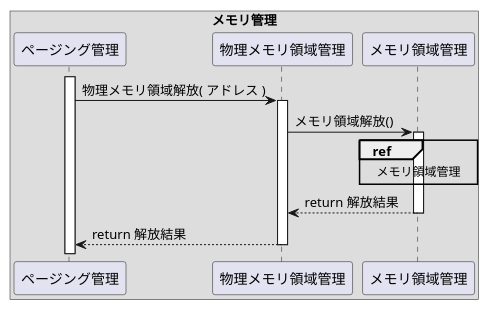
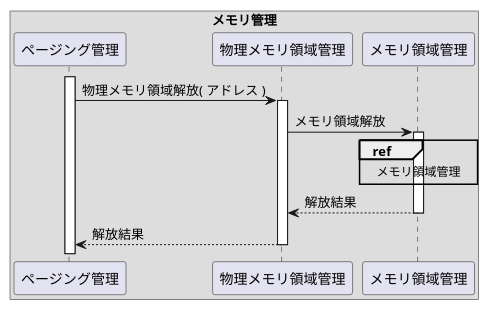
Before and after one commit to MasterMochi/MochiKernel: the diagram in docs/docs/internal/Memmng/Phys/free.puml, drawn with PlantUML. The commit also changed 6 other files, not shown here.

```diff
--- a/docs/docs/internal/Memmng/Phys/free.puml
+++ b/docs/docs/internal/Memmng/Phys/free.puml
@@ -1,23 +1,23 @@
 @startuml
 
 box "メモリ管理"
     participant "ページング管理"     as page
     participant "物理メモリ領域管理" as phys
     participant "メモリ領域管理"     as area
 end box
 
 activate page
 
 page -> phys: 物理メモリ領域解放( アドレス )
 activate phys
 
-phys -> area: メモリ領域解放()
+phys -> area: メモリ領域解放
 activate area
 ref over area: メモリ領域管理
-phys <-- area: return 解放結果
+phys <-- area: 解放結果
 deactivate area
 
-page <-- phys: return 解放結果
+page <-- phys: 解放結果
 deactivate phys
 
 @enduml
```
